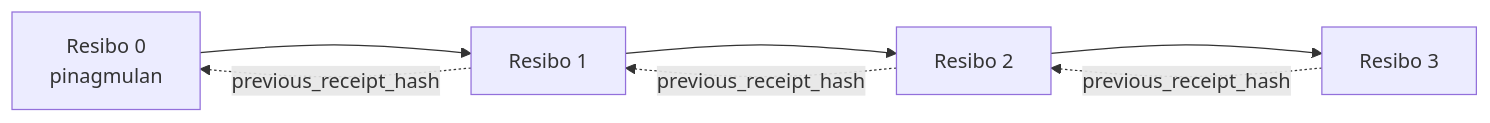
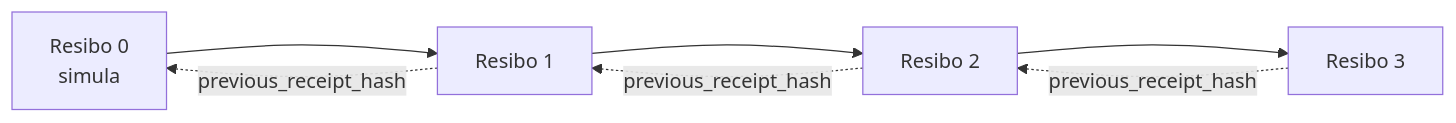
Before and after one commit to microsoft/ai-agents-for-beginners: the second of 2 diagrams in translations/tl/18-securing-ai-agents/README.md, drawn with Mermaid. The commit also changed other lines of this file and 46 other files, not shown here.

````diff
--- a/translations/tl/18-securing-ai-agents/README.md
+++ b/translations/tl/18-securing-ai-agents/README.md
@@ -206,9 +203,9 @@
 ```mermaid
 flowchart LR
-    R0[Resibo 0<br/>pinagmulan] --> R1[Resibo 1]
+    R0[Resibo 0<br/>simula] --> R1[Resibo 1]
     R1 --> R2[Resibo 2]
     R2 --> R3[Resibo 3]
     R1 -. previous_receipt_hash .-> R0
     R2 -. previous_receipt_hash .-> R1
     R3 -. previous_receipt_hash .-> R2
 ```
````
